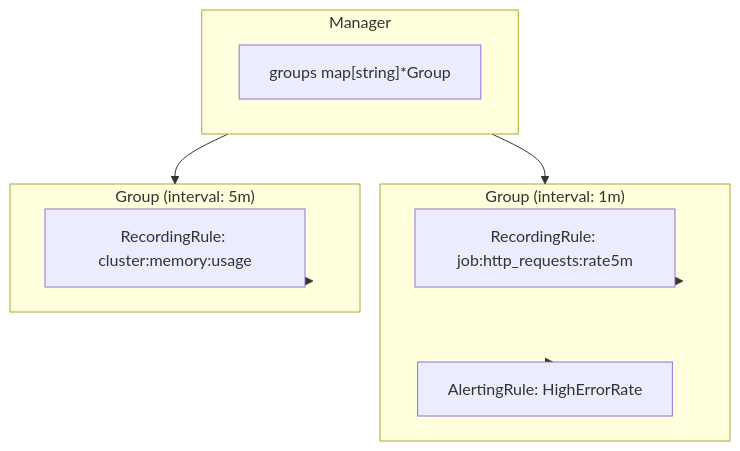
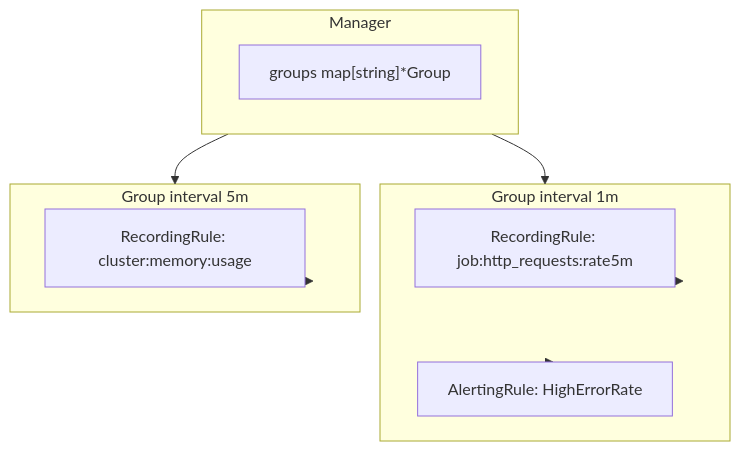
The first of 2 diagrams in prometheus/part04-rules/12-rule-evaluation.md (miyamadoKL/source-code-reading), drawn with Mermaid before and after one commit. The commit also changed other lines of this file and 11 other files, not shown here.

````diff
--- a/prometheus/part04-rules/12-rule-evaluation.md
+++ b/prometheus/part04-rules/12-rule-evaluation.md
@@ -33,18 +33,18 @@
 ```mermaid
 flowchart TD
     subgraph Manager["Manager"]
         groups["groups map[string]*Group"]
     end
-    subgraph Group1["Group (interval: 1m)"]
+    subgraph Group1["Group interval 1m"]
         R1["RecordingRule: job:http_requests:rate5m"]
         R2["AlertingRule: HighErrorRate"]
     end
-    subgraph Group2["Group (interval: 5m)"]
+    subgraph Group2["Group interval 5m"]
         R3["RecordingRule: cluster:memory:usage"]
     end
     Manager --> Group1
     Manager --> Group2
     Group1 --> R1
     Group1 --> R2
     Group2 --> R3
 ```
````
